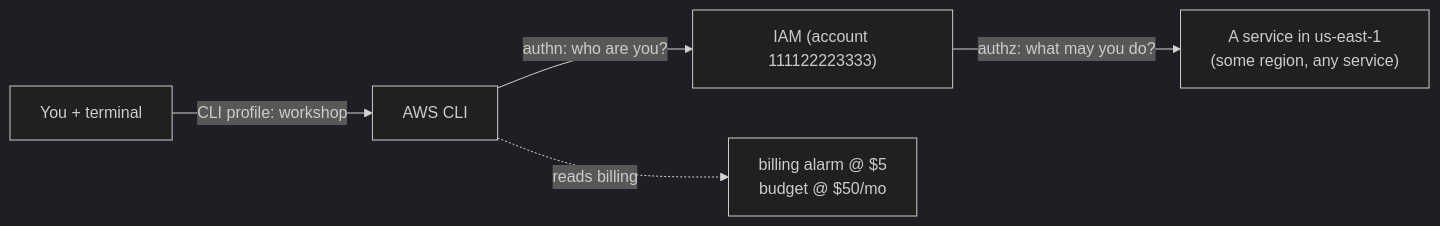
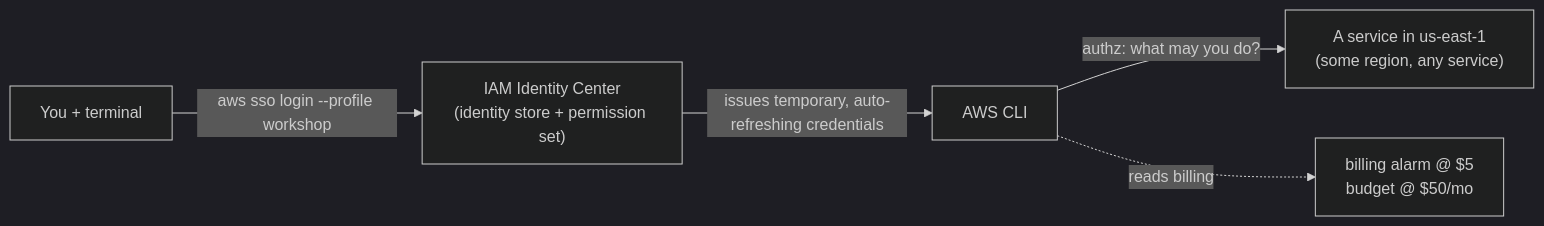
One commit to TamirOffen/aws-hafifa changed the diagram in docs/workshop/stage-01-account-iam-cli.md. Above: the diagram before and after it, drawn with Mermaid (dark theme). The commit also changed other lines of this file and 7 other files, not shown here.

First line of the commit message:
docs(auth): migrate workshop auth from IAM keys to Identity Center SSO

````diff
--- a/docs/workshop/stage-01-account-iam-cli.md
+++ b/docs/workshop/stage-01-account-iam-cli.md
@@ -36,7 +40,7 @@
 ```mermaid
 flowchart LR
-    You["You + terminal"] -->|CLI profile: workshop| CLI["AWS CLI"]
-    CLI -->|"authn: who are you?"| IAM["IAM (account 111122223333)"]
-    IAM -->|"authz: what may you do?"| AWS["A service in us-east-1<br/>(some region, any service)"]
+    You["You + terminal"] -->|"aws sso login --profile workshop"| IDC["IAM Identity Center<br/>(identity store + permission set)"]
+    IDC -->|"issues temporary, auto-refreshing credentials"| CLI["AWS CLI"]
+    CLI -->|"authz: what may you do?"| AWS["A service in us-east-1<br/>(some region, any service)"]
     CLI -.->|reads billing| Billing["billing alarm @ $5<br/>budget @ $50/mo"]
 ```
````
